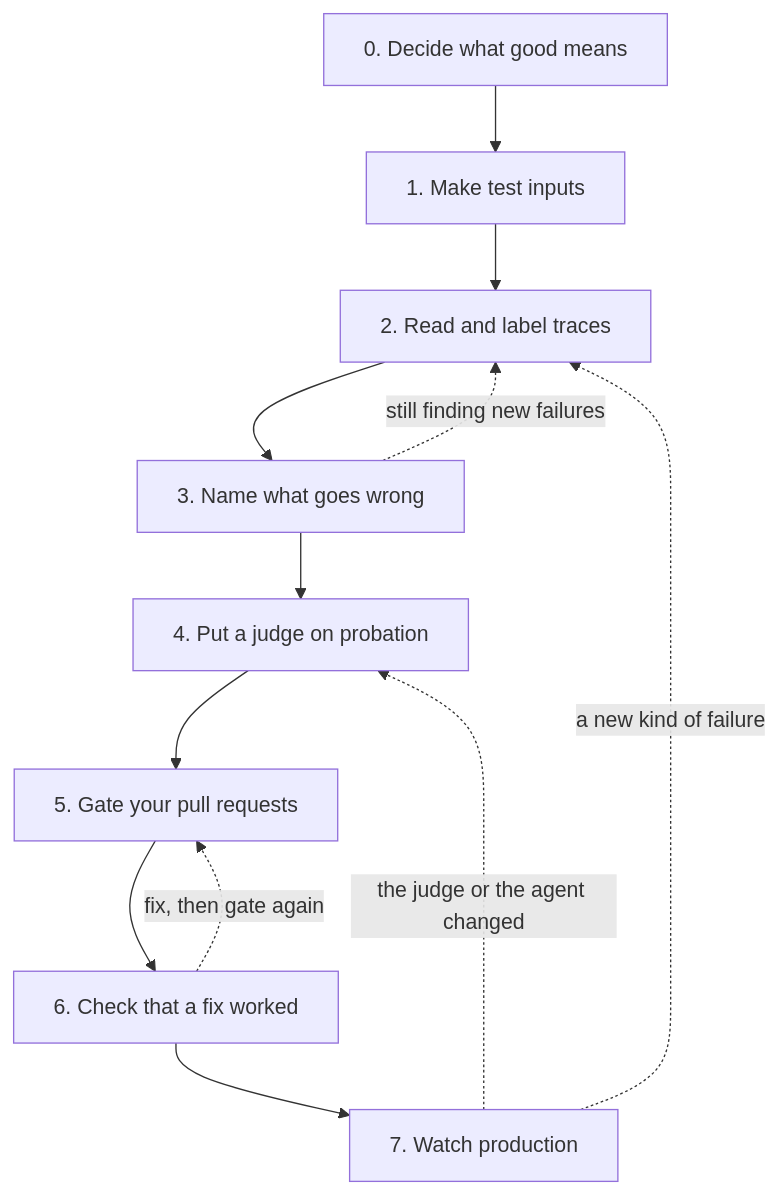
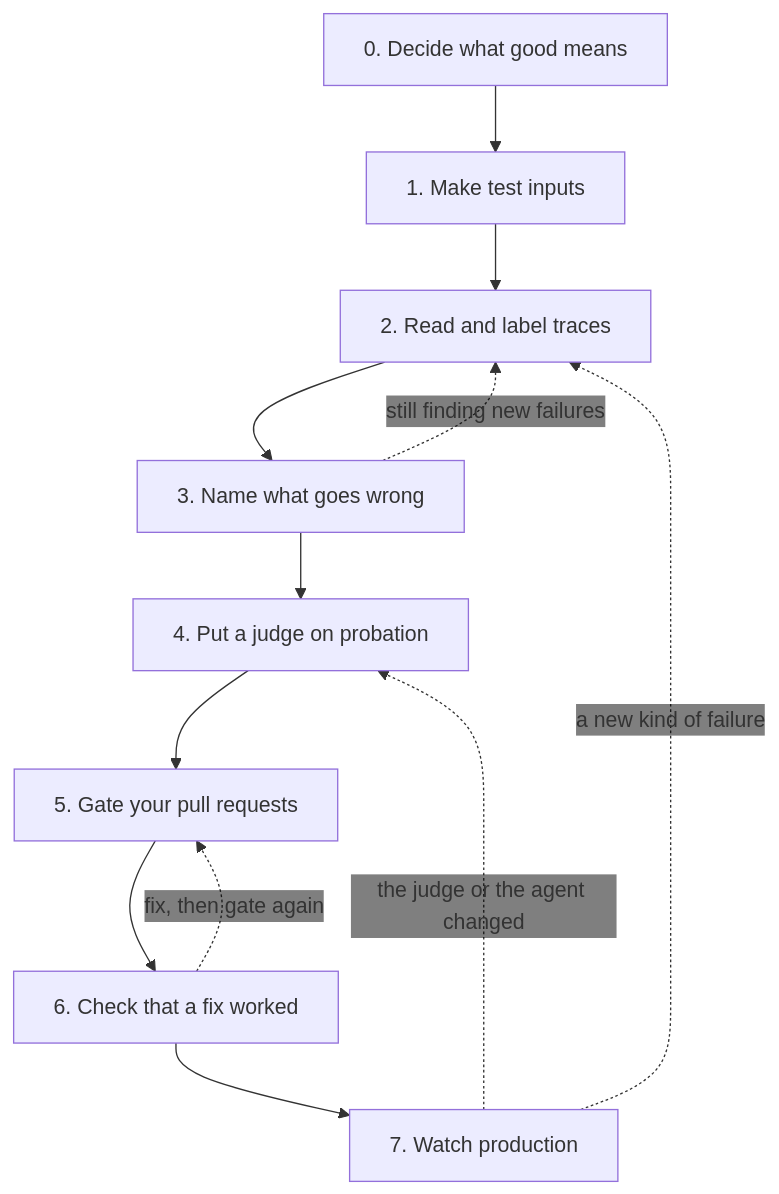
Before and after one commit to awslabs/calibrated-agent-evaluation: the diagram in docs/site/content/walkthrough/index.md, drawn with Mermaid. The commit also changed 4 other files, not shown here.

First line of the commit message:
Recapture the review UI screenshots and clean up Mermaid edge labels

````diff
--- a/docs/site/content/walkthrough/index.md
+++ b/docs/site/content/walkthrough/index.md
@@ -23,14 +23,15 @@
 ```mermaid
+%%{init: {"themeVariables": {"edgeLabelBackground": "transparent"}}}%%
 flowchart TD
     s0["0. Decide what good means"] --> s1["1. Make test inputs"]
     s1 --> s2["2. Read and label traces"]
     s2 --> s3["3. Name what goes wrong"]
     s3 -. "still finding new failures" .-> s2
     s3 --> s4["4. Put a judge on probation"]
     s4 --> s5["5. Gate your pull requests"]
     s5 --> s6["6. Check that a fix worked"]
     s6 -. "fix, then gate again" .-> s5
     s6 --> s7["7. Watch production"]
     s7 -. "a new kind of failure" .-> s2
     s7 -. "the judge or the agent changed" .-> s4
 ```
````
